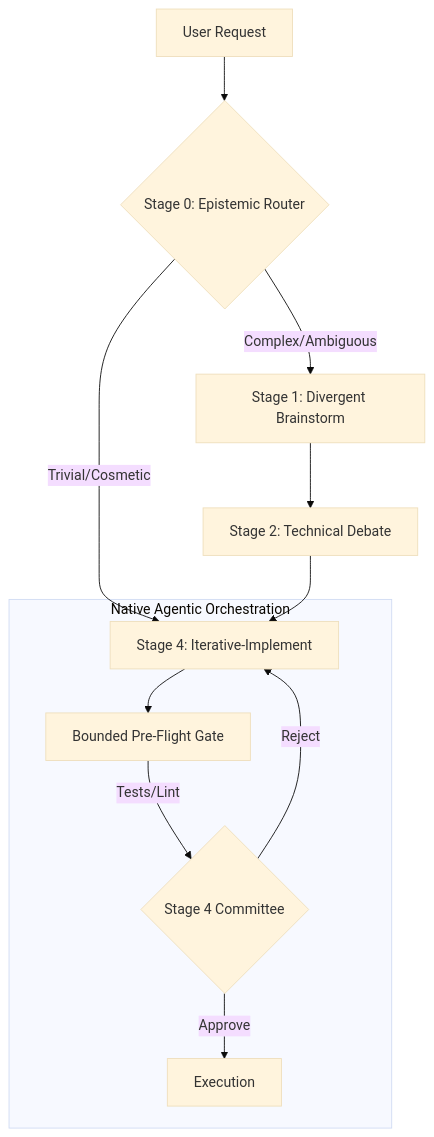
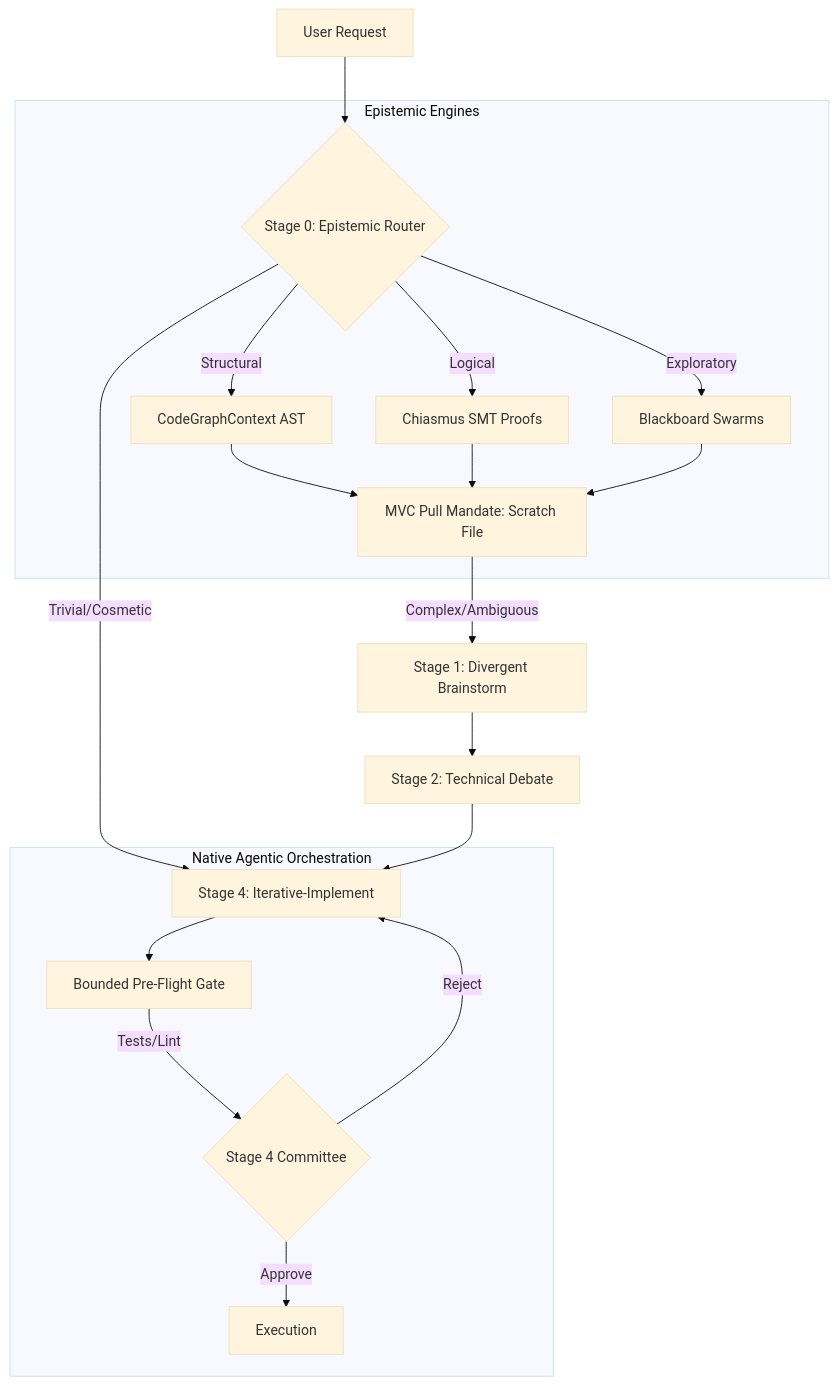
Before and after one commit to nferrer-dev/antigravity-core: the diagram in README.md, drawn with Mermaid (base theme).

Commit message:
Expand Stage 0 Epistemic Engines in Mermaid diagram

````diff
--- a/README.md
+++ b/README.md
@@ -18,15 +18,26 @@
 ```mermaid
 graph TD
     A[User Request] --> B{Stage 0: Epistemic Router}
+    
+    subgraph "Epistemic Engines"
+    B -->|Structural| S1[CodeGraphContext AST]
+    B -->|Logical| S2[Chiasmus SMT Proofs]
+    B -->|Exploratory| S3[Blackboard Swarms]
+    S1 --> S4[MVC Pull Mandate: Scratch File]
+    S2 --> S4
+    S3 --> S4
+    end
+
+    S4 -->|Complex/Ambiguous| C[Stage 1: Divergent Brainstorm]
     B -->|Trivial/Cosmetic| E[Stage 4: Iterative-Implement]
-    B -->|Complex/Ambiguous| C[Stage 1: Divergent Brainstorm]
+    
     C --> D[Stage 2: Technical Debate]
     D --> E
     
     subgraph "Native Agentic Orchestration"
     E --> F[Bounded Pre-Flight Gate]
     F -->|Tests/Lint| G{Stage 4 Committee}
     G -->|Reject| E
     G -->|Approve| H[Execution]
     end
 ```
````
